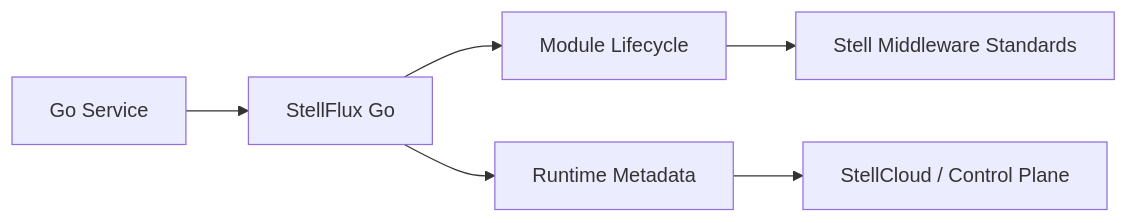
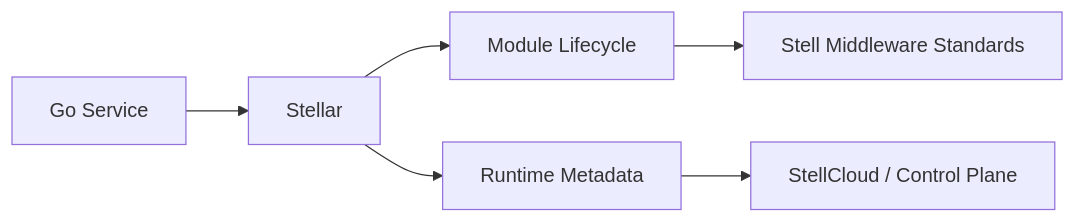
Before and after one commit to stellhub/stellflux-go: the diagram in README.md, drawn with Mermaid. The commit also changed other lines of this file and 9 other files, not shown here.

````diff
--- a/README.md
+++ b/README.md
@@ -101,8 +101,8 @@
 ```mermaid
 flowchart LR
-    App[Go Service] --> Flux[StellFlux Go]
-    Flux --> Lifecycle[Module Lifecycle]
-    Flux --> Runtime[Runtime Metadata]
+    App[Go Service] --> Stellar[Stellar]
+    Stellar --> Lifecycle[Module Lifecycle]
+    Stellar --> Runtime[Runtime Metadata]
     Lifecycle --> Middleware[Stell Middleware Standards]
     Runtime --> ControlPlane[StellCloud / Control Plane]
 ```
````
